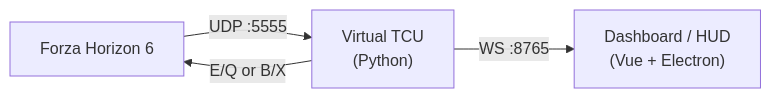
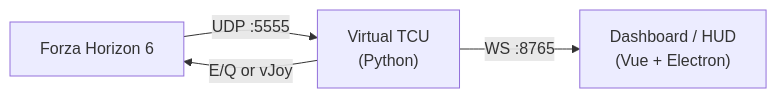
The diagram in README.md (DistantSK/fh6-virtual_tcu), drawn with Mermaid before and after one commit. The commit also changed other lines of this file and 10 other files, not shown here.

````diff
--- a/README.md
+++ b/README.md
@@ -46,6 +46,6 @@
 ```mermaid
 flowchart LR
   FH6["Forza Horizon 6"] -->|"UDP :5555"| TCU["Virtual TCU\n(Python)"]
-  TCU -->|"E/Q or B/X"| FH6
+  TCU -->|"E/Q or vJoy"| FH6
   TCU -->|"WS :8765"| UI["Dashboard / HUD\n(Vue + Electron)"]
 ```
````
